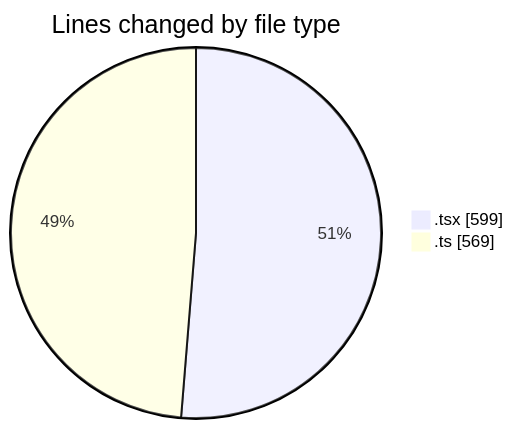
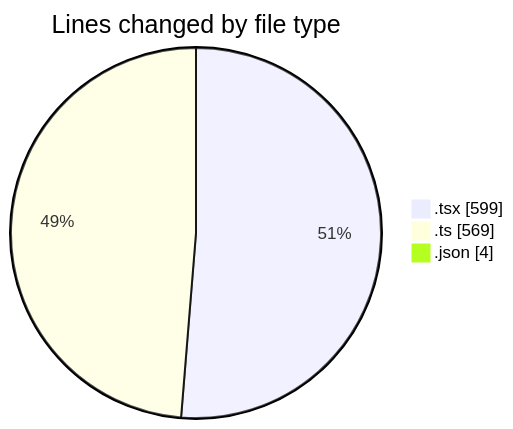
The first of 2 diagrams in 2025-11-23/eventscop-frontend-guide__workspace_/README.md (julien-gomy/code-tracking), drawn with Mermaid before and after one commit. The commit also changed other lines of this file and 1 other file, not shown here.

````diff
--- a/2025-11-23/eventscop-frontend-guide__workspace_/README.md
+++ b/2025-11-23/eventscop-frontend-guide__workspace_/README.md
@@ -30,6 +31,7 @@
 ```mermaid
 pie showData
 title Lines changed by file type
 ".tsx" : 599
 ".ts" : 569
+".json" : 4
 ```
````
